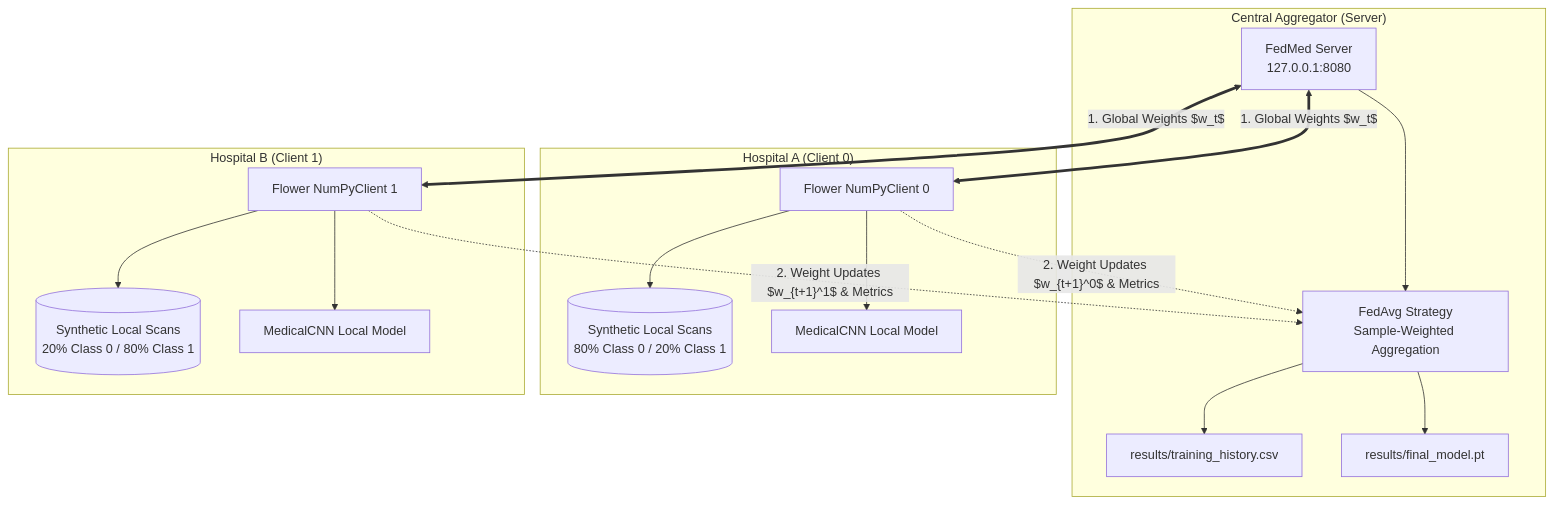
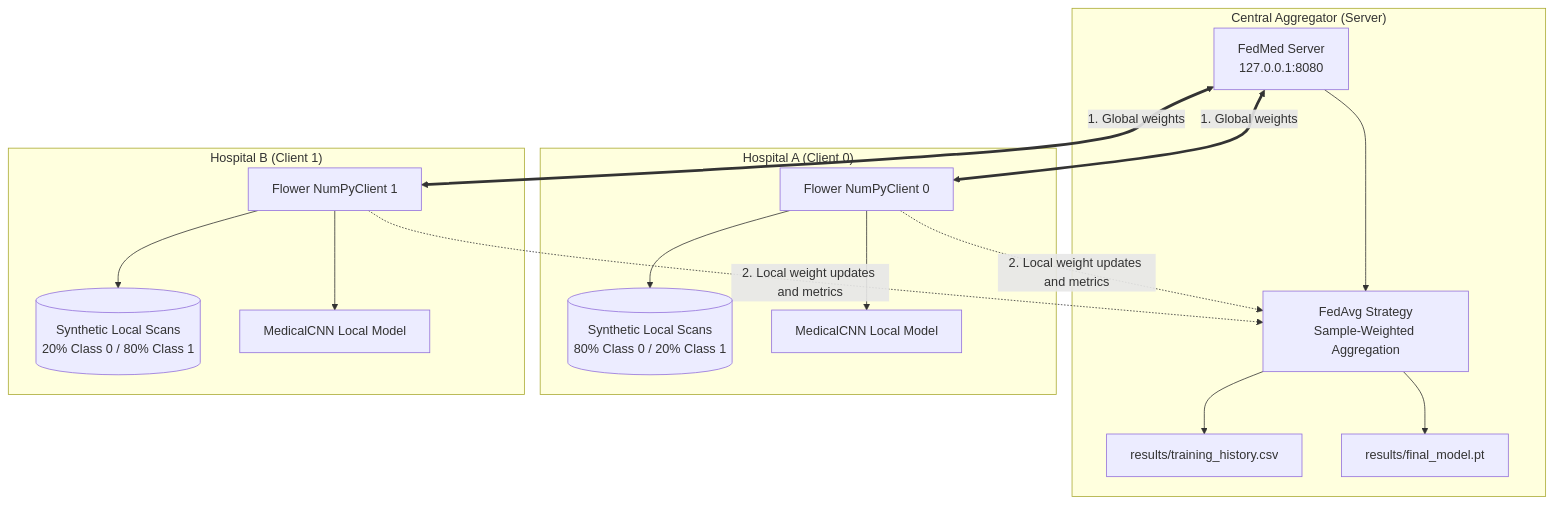
One commit to balinenimounika/FedMed changed the diagram in README.md. Above: the diagram before and after it, drawn with Mermaid. The commit also changed other lines of this file, not shown here.

````diff
--- a/README.md
+++ b/README.md
@@ -11,33 +13,33 @@
 ```mermaid
 flowchart TD
-    subgraph Server_Domain ["Central Aggregator (Server)"]
-        S[FedMed Server<br/>127.0.0.1:8080]
-        FedAvg[FedAvg Strategy<br/>Sample-Weighted Aggregation]
-        History[results/training_history.csv]
-        FinalModel[results/final_model.pt]
+    subgraph Server_Domain["Central Aggregator (Server)"]
+        S["FedMed Server<br/>127.0.0.1:8080"]
+        FedAvg["FedAvg Strategy<br/>Sample-Weighted Aggregation"]
+        History["results/training_history.csv"]
+        FinalModel["results/final_model.pt"]
         S --> FedAvg
         FedAvg --> History
         FedAvg --> FinalModel
     end
 
-    subgraph Client_0_Domain ["Hospital A (Client 0)"]
-        C0[Flower NumPyClient 0]
-        Data0[(Synthetic Local Scans<br/>80% Class 0 / 20% Class 1)]
-        M0[MedicalCNN Local Model]
+    subgraph Client_0_Domain["Hospital A (Client 0)"]
+        C0["Flower NumPyClient 0"]
+        Data0[("Synthetic Local Scans<br/>80% Class 0 / 20% Class 1")]
+        M0["MedicalCNN Local Model"]
         C0 --> Data0
         C0 --> M0
     end
 
-    subgraph Client_1_Domain ["Hospital B (Client 1)"]
-        C1[Flower NumPyClient 1]
-        Data1[(Synthetic Local Scans<br/>20% Class 0 / 80% Class 1)]
-        M1[MedicalCNN Local Model]
+    subgraph Client_1_Domain["Hospital B (Client 1)"]
+        C1["Flower NumPyClient 1"]
+        Data1[("Synthetic Local Scans<br/>20% Class 0 / 80% Class 1")]
+        M1["MedicalCNN Local Model"]
         C1 --> Data1
         C1 --> M1
     end
 
-    S <== "1. Global Weights $w_t$" ==> C0
-    S <== "1. Global Weights $w_t$" ==> C1
-    C0 -.->|"2. Weight Updates $w_{t+1}^0$ & Metrics"| FedAvg
-    C1 -.->|"2. Weight Updates $w_{t+1}^1$ & Metrics"| FedAvg
+    S <==>|"1. Global weights"| C0
+    S <==>|"1. Global weights"| C1
+    C0 -.->|"2. Local weight updates and metrics"| FedAvg
+    C1 -.->|"2. Local weight updates and metrics"| FedAvg
 ```
````
